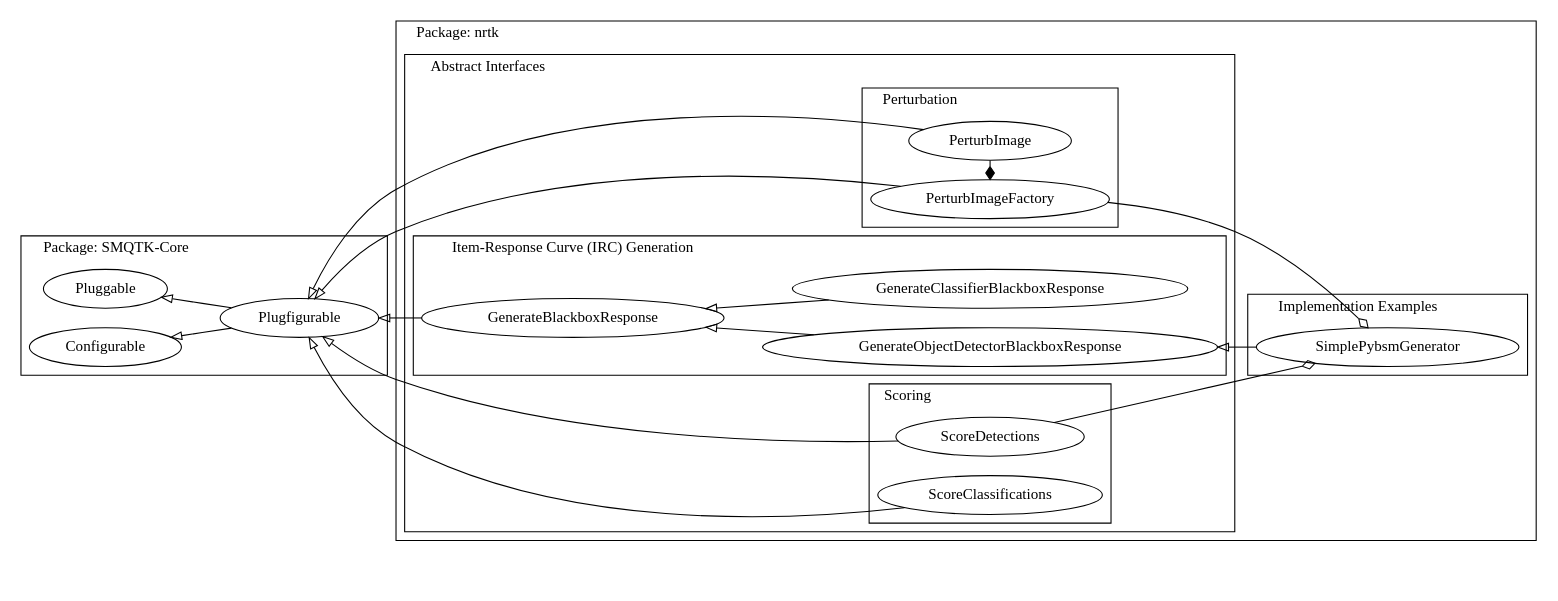
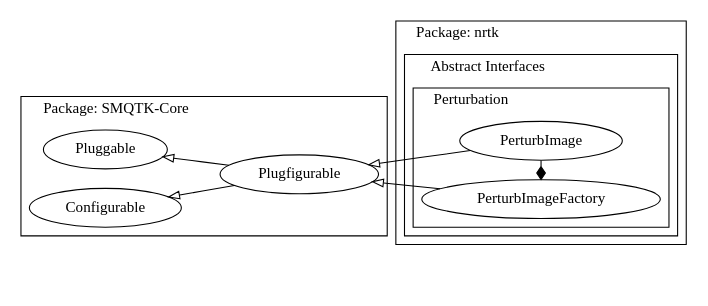
Before and after one commit to Kitware/nrtk: the diagram in docs/figures/api-docs-fig-01.dot, drawn with Graphviz. The commit also changed 53 other files, not shown here.

```diff
--- a/docs/figures/api-docs-fig-01.dot
+++ b/docs/figures/api-docs-fig-01.dot
@@ -1,86 +1,57 @@
 digraph api_v0_3 {
 // Options
 //size="12,4"; ratio=fill;
 labeljust=left;
 rankdir=LR;
 newrank=true;  // Required to not "unbox" things out of subclusters.
 
 // Gridding -- Used to vertically align nodes to separate clusters as desired.
 node [style=invis]
 edge [style=invis]
-A -> B -> C -> D -> E;
+A -> B -> C;
 
 // Interfaces
 node [style=solid]
 edge [style=solid; dir=back; arrowtail=empty];
 Pluggable -> Plugfigurable;
 Configurable -> Plugfigurable;
 Plugfigurable -> PerturbImage;
 Plugfigurable -> PerturbImageFactory;
-Plugfigurable -> GenerateBlackboxResponse;
-Plugfigurable -> ScoreDetections;
-Plugfigurable -> ScoreClassifications;
 
 subgraph cluster_smqtk {
   label="Package: SMQTK-Core";
   Pluggable; Configurable; Plugfigurable;
 }
 subgraph cluster_nrtk {
   label="Package: nrtk";
   subgraph cluster_interfaces {
     label="Abstract Interfaces";
     subgraph cluster_perturb {
       label="Perturbation";
       PerturbImage;
       PerturbImageFactory;
     }
-    subgraph cluster_generation {
-      label="Item-Response Curve (IRC) Generation";
-      GenerateBlackboxResponse;
-      GenerateObjectDetectorBlackboxResponse;
-      GenerateClassifierBlackboxResponse;
-    }
-    subgraph cluster_scoring {
-      label="Scoring";
-      ScoreDetections;
-      ScoreClassifications;
-    }
 
     PerturbImageFactory -> PerturbImage [arrowtail=diamond, constraint=false];
-    GenerateBlackboxResponse -> GenerateObjectDetectorBlackboxResponse;
-    GenerateBlackboxResponse -> GenerateClassifierBlackboxResponse;
-  }
-  subgraph cluster_impls {
-    label="Implementation Examples";
-    SimplePybsmGenerator;
-    GenerateObjectDetectorBlackboxResponse -> SimplePybsmGenerator;
-    SimplePybsmGenerator -> PerturbImageFactory [arrowtail=odiamond, constraint=false];
-    SimplePybsmGenerator -> ScoreDetections [arrowtail=odiamond, constraint=false];
   }
 }
 
 // Gridding pt. 2
 { rank=same; A; Pluggable; Configurable; }
 { rank=same; B; Plugfigurable; }
-{ rank=same; C; GenerateBlackboxResponse; }
-{ rank=same; D; PerturbImage;
-                GenerateObjectDetectorBlackboxResponse;
-                GenerateClassifierBlackboxResponse;
-                PerturbImageFactory;
-                ScoreDetections;
-                ScoreClassifications; }
-{ rank=same; E; SimplePybsmGenerator; }
+{ rank=same; C; PerturbImage;
+                PerturbImageFactory; }
 
 }
 
 // dot concept.dot -Tpng -o concept.png
 //
 // inotifywait -e close_write -m . |
 //   while read -r directory events filename
 //   do
 //     if [[ "$filename" = "concept.dot" ]]
 //     then
 //       echo "Regenerating PNG"
 //       dot concept.dot -Tpng -o concept.png
 //     fi
 //   done;
```
